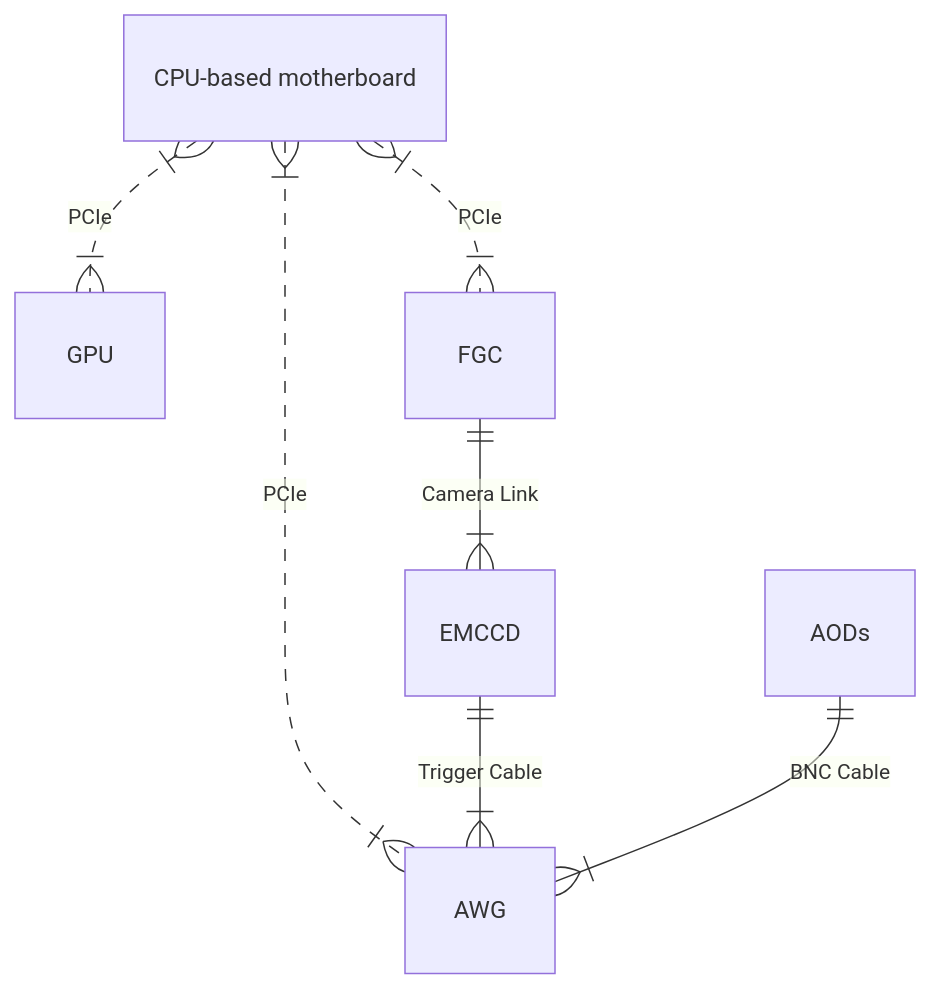
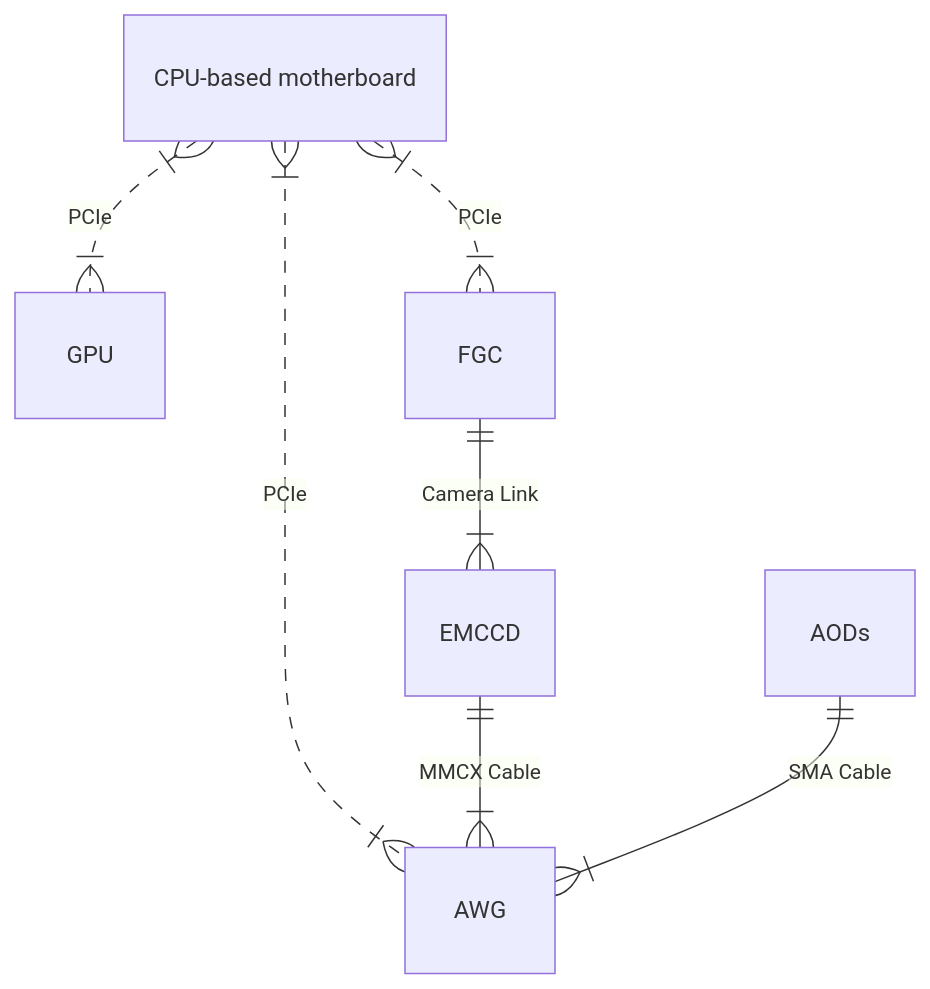
Before and after one commit to TQT-RAAQS/LLRS: the second of 2 diagrams in README.md, drawn with Mermaid. The commit also changed other lines of this file, not shown here.

Commit message:
Updated README (AWG cable and ports)

````diff
--- a/README.md
+++ b/README.md
@@ -88,9 +88,9 @@
 ```mermaid
 erDiagram
     "CPU-based motherboard" }|..|{ GPU : PCIe
     "CPU-based motherboard" }|..|{ FGC : PCIe
     "CPU-based motherboard" }|..|{ AWG : PCIe
     FGC ||--|{ EMCCD : "Camera Link"
-    EMCCD ||--|{ AWG : "Trigger Cable"
-    AODs ||--|{ AWG : "BNC Cable"
+    EMCCD ||--|{ AWG : "MMCX Cable"
+    AODs ||--|{ AWG : "SMA Cable"
 ```
````
